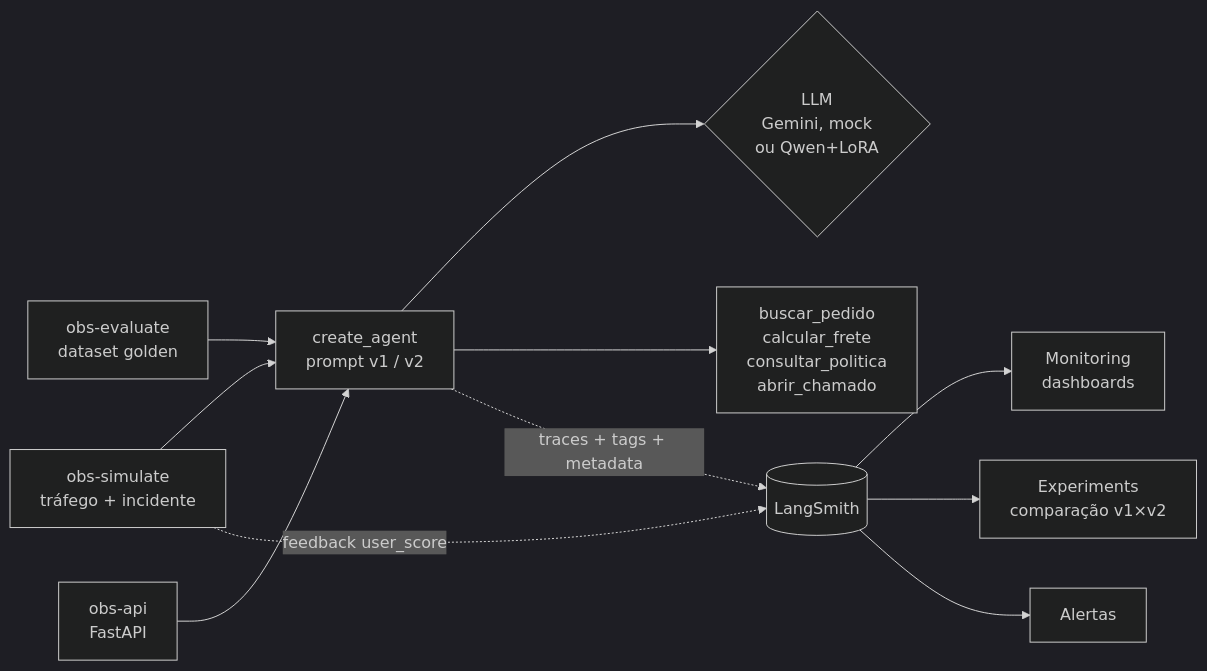
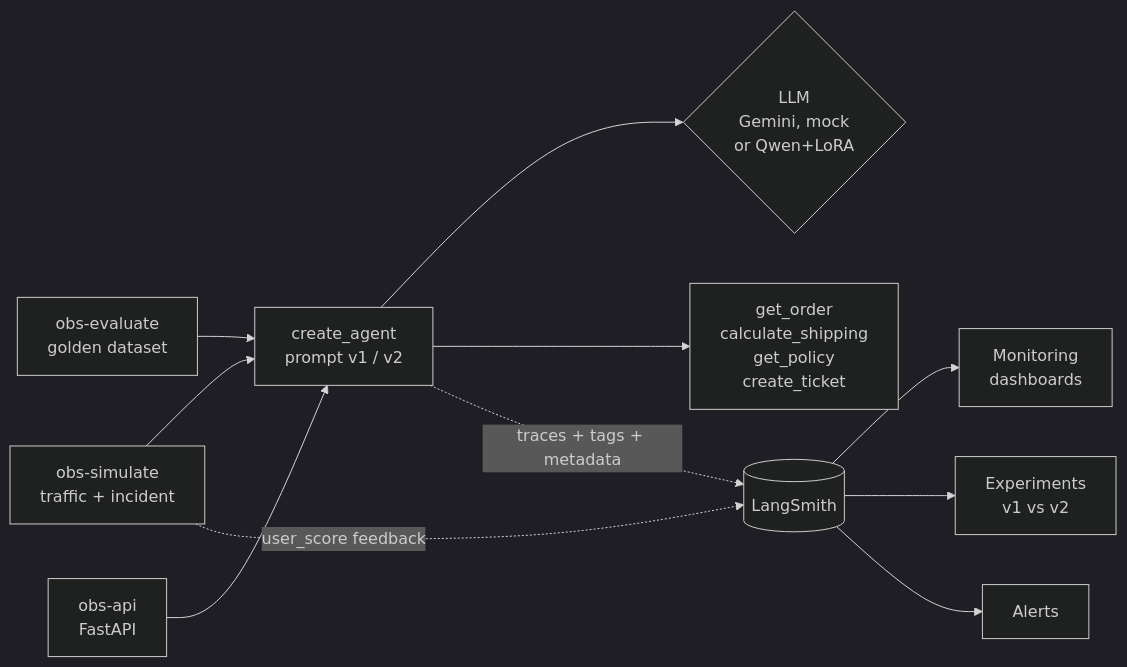
Before and after one commit to diegosimao/agent-observability: the first of 2 diagrams in README.md, drawn with Mermaid (dark theme). The commit also changed other lines of this file and 23 other files, not shown here.

````diff
--- a/README.md
+++ b/README.md
@@ -19,13 +19,13 @@
 ```mermaid
 flowchart LR
-    S[obs-simulate<br/>tráfego + incidente] --> A
-    E[obs-evaluate<br/>dataset golden] --> A
+    S[obs-simulate<br/>traffic + incident] --> A
+    E[obs-evaluate<br/>golden dataset] --> A
     API[obs-api<br/>FastAPI] --> A
-    A[create_agent<br/>prompt v1 / v2] --> L{LLM<br/>Gemini, mock<br/>ou Qwen+LoRA}
-    A --> T[buscar_pedido<br/>calcular_frete<br/>consultar_politica<br/>abrir_chamado]
+    A[create_agent<br/>prompt v1 / v2] --> L{LLM<br/>Gemini, mock<br/>or Qwen+LoRA}
+    A --> T[get_order<br/>calculate_shipping<br/>get_policy<br/>create_ticket]
     A -. traces + tags + metadata .-> LS[(LangSmith)]
-    S -. feedback user_score .-> LS
+    S -. user_score feedback .-> LS
     LS --> M[Monitoring<br/>dashboards]
-    LS --> X[Experiments<br/>comparação v1×v2]
-    LS --> AL[Alertas]
+    LS --> X[Experiments<br/>v1 vs v2]
+    LS --> AL[Alerts]
 ```
````
